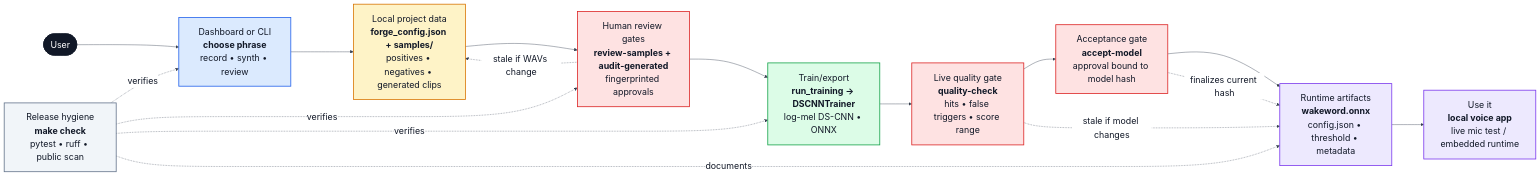
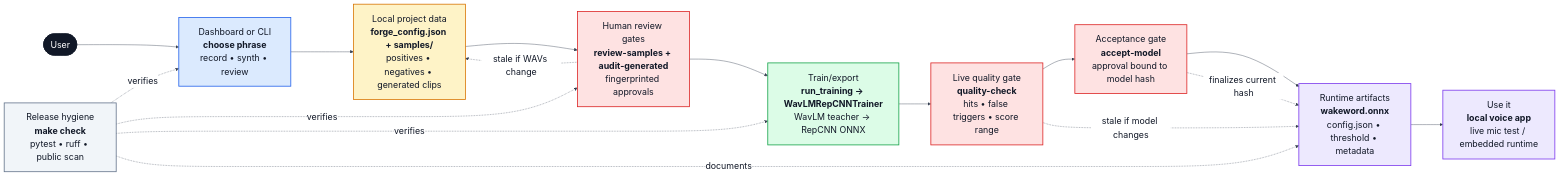
One commit to H-Ali13381/wakeword-forge changed the diagram in docs/architecture.md. Above: the diagram before and after it, drawn with Mermaid. The commit also changed other lines of this file and 19 other files, not shown here.

First line of the commit message:
feat: sync WavLM RepCNN forge workflow to main

````diff
--- a/docs/architecture.md
+++ b/docs/architecture.md
@@ -5,40 +5,40 @@
 ```mermaid
 %%{init: {"theme":"base", "flowchart":{"curve":"basis","nodeSpacing":55,"rankSpacing":80,"padding":20,"htmlLabels":true}, "themeVariables":{"background":"#ffffff","primaryColor":"#ffffff","primaryTextColor":"#111827","primaryBorderColor":"#111827","lineColor":"#374151","fontFamily":"Arial, sans-serif","fontSize":"22px","clusterBkg":"#f8fafc","clusterBorder":"#cbd5e1","edgeLabelBackground":"#ffffff"}}}%%
 flowchart LR
     U([User])
 
     UI["Dashboard or CLI<br/><b>choose phrase</b><br/>record • synth • review"]
     DATA["Local project data<br/><b>forge_config.json + samples/</b><br/>positives • negatives • generated clips"]
     REVIEW["Human review gates<br/><b>review-samples + audit-generated</b><br/>fingerprinted approvals"]
-    TRAIN["Train/export<br/><b>run_training → DSCNNTrainer</b><br/>log-mel DS-CNN • ONNX"]
+    TRAIN["Train/export<br/><b>run_training → WavLMRepCNNTrainer</b><br/>WavLM teacher → RepCNN ONNX"]
     QC["Live quality gate<br/><b>quality-check</b><br/>hits • false triggers • score range"]
     ACCEPT["Acceptance gate<br/><b>accept-model</b><br/>approval bound to model hash"]
     OUT["Runtime artifacts<br/><b>wakeword.onnx</b><br/>config.json • threshold • metadata"]
     USE["Use it<br/><b>local voice app</b><br/>live mic test / embedded runtime"]
     QA["Release hygiene<br/><b>make check</b><br/>pytest • ruff • public scan"]
 
     U --> UI --> DATA --> REVIEW --> TRAIN --> QC --> ACCEPT --> OUT --> USE
     REVIEW -. stale if WAVs change .-> DATA
     QC -. stale if model changes .-> OUT
     ACCEPT -. finalizes current hash .-> OUT
     QA -. verifies .-> UI
     QA -. verifies .-> REVIEW
     QA -. verifies .-> TRAIN
     QA -. documents .-> OUT
 
     classDef user fill:#111827,stroke:#111827,color:#ffffff,stroke-width:2px
     classDef interface fill:#dbeafe,stroke:#2563eb,color:#111827,stroke-width:2px
     classDef data fill:#fef3c7,stroke:#d97706,color:#111827,stroke-width:2px
     classDef gate fill:#fee2e2,stroke:#dc2626,color:#111827,stroke-width:2px
     classDef train fill:#dcfce7,stroke:#16a34a,color:#111827,stroke-width:2px
     classDef output fill:#ede9fe,stroke:#7c3aed,color:#111827,stroke-width:2px
     classDef verify fill:#f1f5f9,stroke:#64748b,color:#111827,stroke-width:2px
 
     class U user
     class UI interface
     class DATA data
     class REVIEW,QC,ACCEPT gate
     class TRAIN train
     class OUT,USE output
     class QA verify
 ```
````
